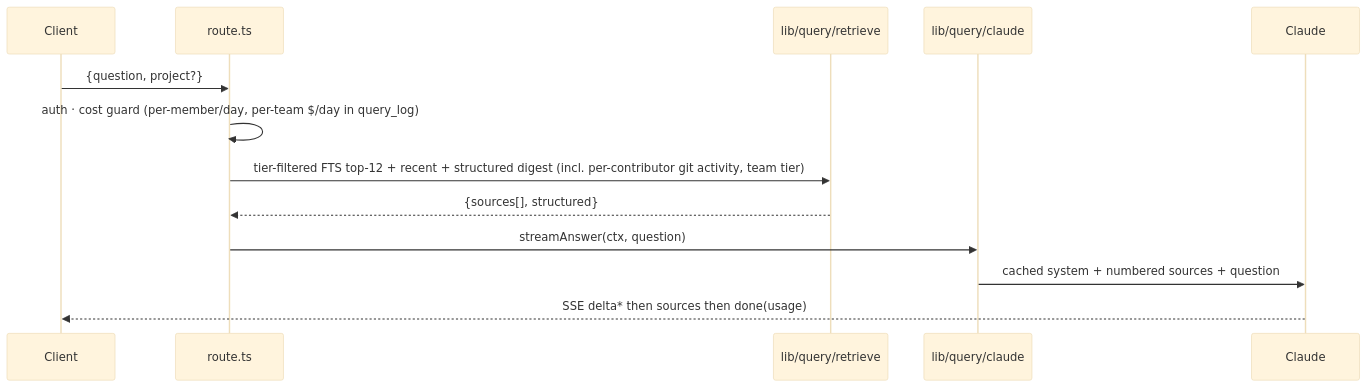
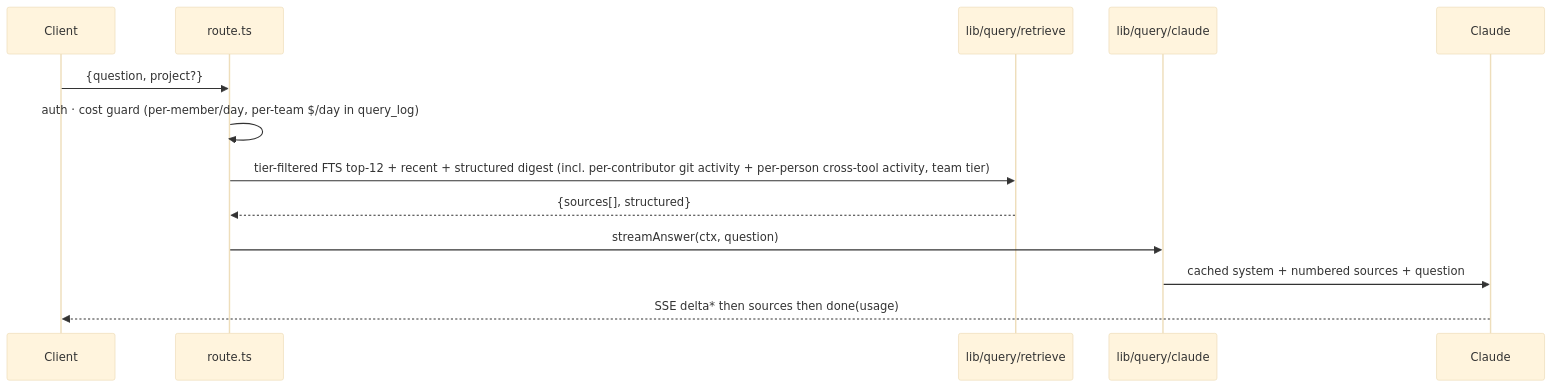
One commit to aiosbrain/aios-team-brain changed the third of 7 diagrams in docs/ARCHITECTURE.md. Above: the diagram before and after it, drawn with Mermaid (base theme). The commit also changed 2 other files, not shown here.

Commit message:
feat(query): per-person cross-tool activity digest in retrieval
The payoff of the identity/attribution work: once Slack threads, Linear/Plane
issues, and docs carry the author's member_id, "what is each person doing" is
answerable across every tool — not just git. retrieve.ts now adds a per-person
activity digest (counts each person's recent items by source) alongside the
git-activity digest.

- Counts attributed items by source (slack/linear/plane/docs), EXCLUDING git
  (covered by the git digest) and connector members (@connector.local).
- team-tier only (internal activity, hidden from external viewers); runs in
  parallel with the other retrieval queries.

Verified: unit 224, data-mechanics 156 (new: per-source counts, git excluded,
connector members excluded, external-tier hidden), tsc/lint/drift green.
No schema change.

````diff
--- a/docs/ARCHITECTURE.md
+++ b/docs/ARCHITECTURE.md
@@ -129,15 +129,15 @@
 ```mermaid
 sequenceDiagram
   participant U as Client
   participant Q as route.ts
   participant RET as lib/query/retrieve
   participant CL as lib/query/claude
   participant LLM as Claude
   U->>Q: {question, project?}
   Q->>Q: auth · cost guard (per-member/day, per-team $/day in query_log)
-  Q->>RET: tier-filtered FTS top-12 + recent + structured digest (incl. per-contributor git activity, team tier)
+  Q->>RET: tier-filtered FTS top-12 + recent + structured digest (incl. per-contributor git activity + per-person cross-tool activity, team tier)
   RET-->>Q: {sources[], structured}
   Q->>CL: streamAnswer(ctx, question)
   CL->>LLM: cached system + numbered sources + question
   LLM-->>U: SSE delta* then sources then done(usage)
 ```
````
